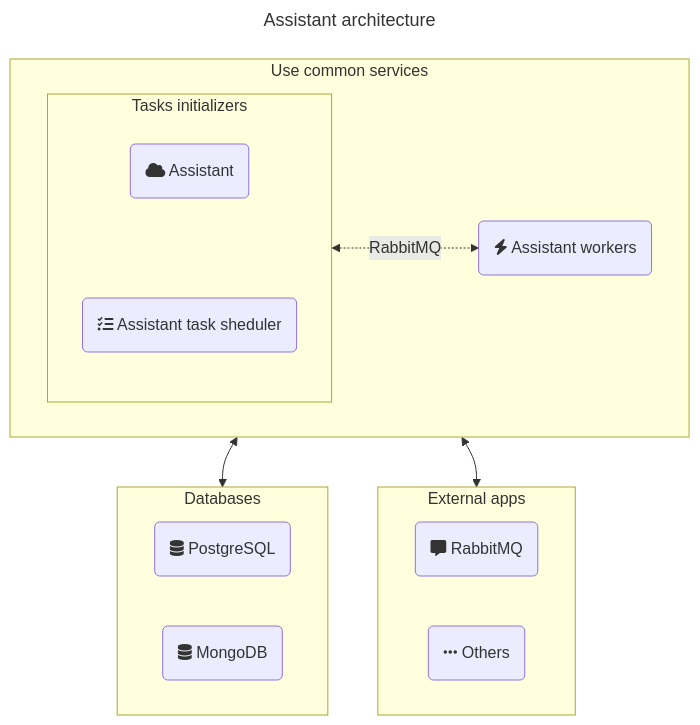
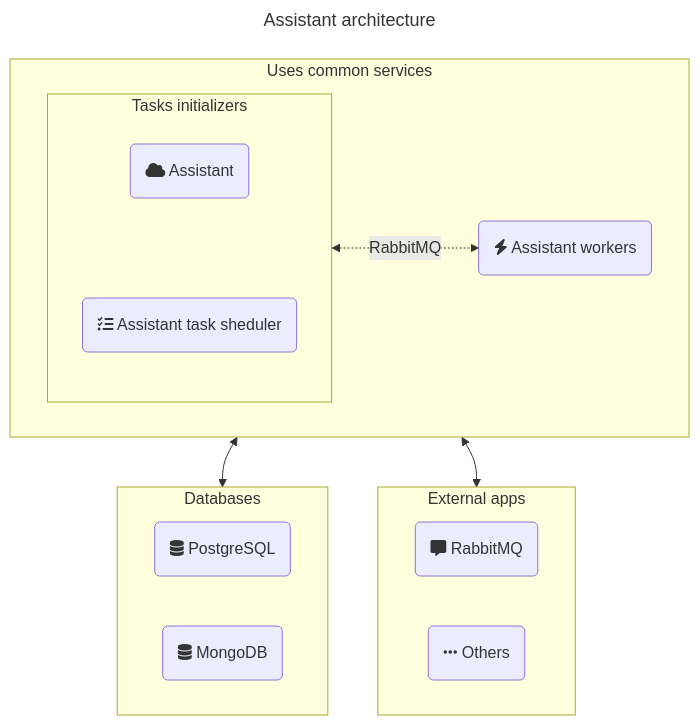
Before and after one commit to infanasotku/netku: the diagram in services/assistant/README.md, drawn with Mermaid.

Commit message:
Corrected character

````diff
--- a/services/assistant/README.md
+++ b/services/assistant/README.md
@@ -6,30 +6,30 @@
 ```mermaid
 ---
 title: Assistant architecture
 ---
 flowchart TD
-    subgraph assistant [Use common services]
+    subgraph assistant [Uses common services]
         subgraph initializers [Tasks initializers]
             A(fa:fa-cloud Assistant)
             A-T(fa:fa-list-check Assistant task sheduler)
             A~~~A-T
         end
         A-W(fa:fa-bolt Assistant workers)
     end
 
     initializers <-.-> |RabbitMQ| A-W
 
     subgraph db [Databases]
     P(fa:fa-database PostgreSQL)
     M(fa:fa-database MongoDB)
     end
 
     subgraph external [External apps]
     R(fa:fa-message RabbitMQ)
     E(fa:fa-ellipsis Others)
 
     end
 
     assistant <--> db
     assistant <--> external
 ```
````
